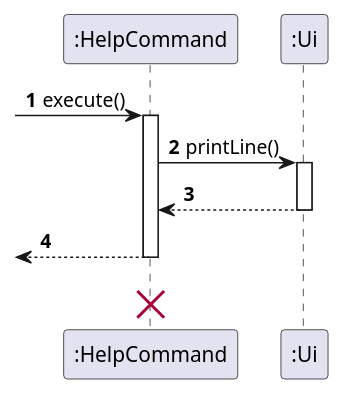
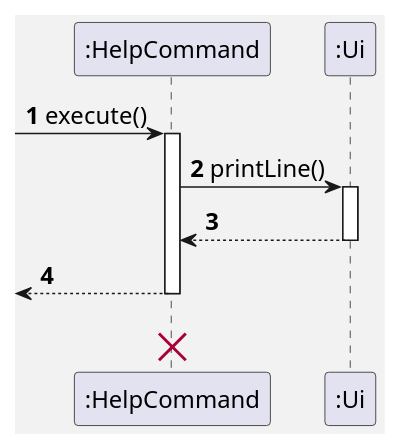
One commit to uosjapuelks/tp changed the diagram in docs/pumlFiles/HelpSequence.puml. Above: the diagram before and after it, drawn with PlantUML. The commit also changed 1 other file, not shown here.

Commit message:
Fix Help sequence diagram

```diff
--- a/docs/pumlFiles/HelpSequence.puml
+++ b/docs/pumlFiles/HelpSequence.puml
@@ -1,19 +1,23 @@
 @startuml
+'https://plantuml.com/sequence-diagram
+skinparam backgroundColor #f2f2f2
+skinparam defaultFontSize 16
+
 Participant ":HelpCommand" as HelpCommand
 
 autonumber
 
 -> HelpCommand: execute()
 activate HelpCommand
 
     HelpCommand -> ":Ui": printLine()
     activate ":Ui"
     HelpCommand <-- ":Ui"
     deactivate ":Ui"
 
     <-- HelpCommand
 deactivate  HelpCommand
     <-[hidden]- HelpCommand
 
 destroy HelpCommand
 @enduml
```
